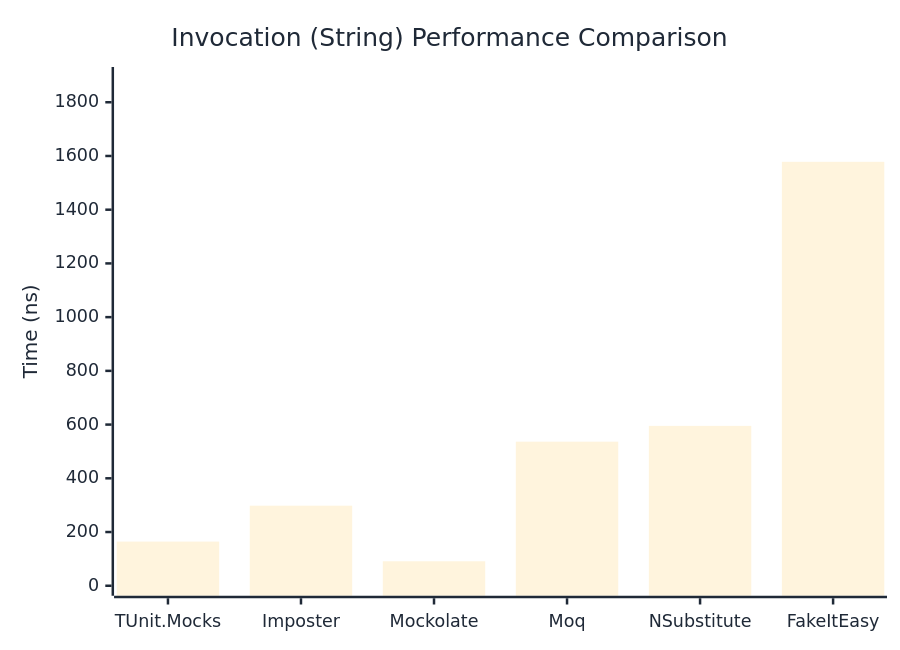
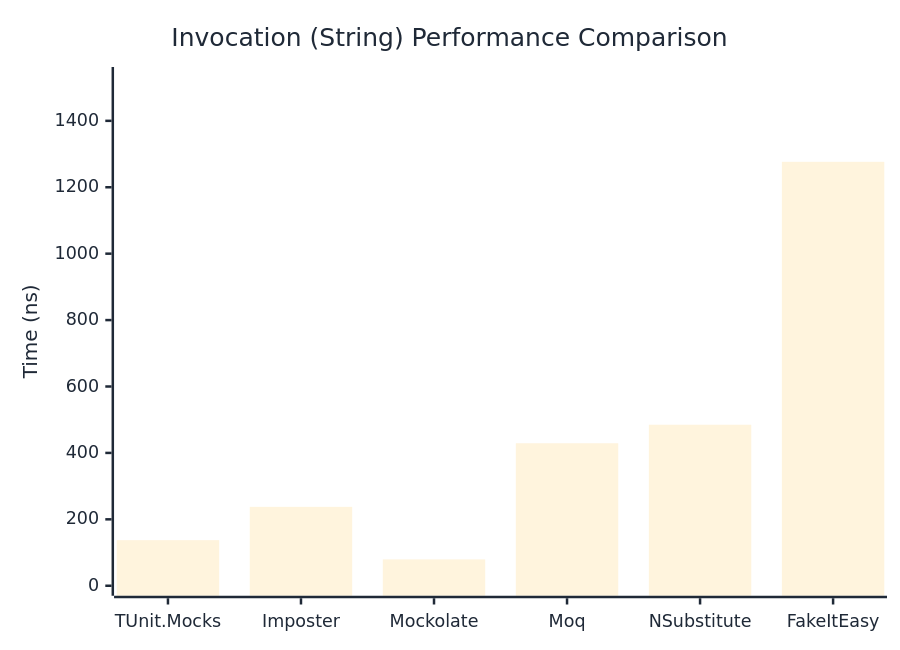
One commit to thomhurst/TUnit changed the second of 3 diagrams in docs/docs/benchmarks/mocks/Invocation.md. Above: the diagram before and after it, drawn with Mermaid. The commit also changed other lines of this file and 14 other files, not shown here.

````diff
--- a/docs/docs/benchmarks/mocks/Invocation.md
+++ b/docs/docs/benchmarks/mocks/Invocation.md
@@ -71,27 +71,27 @@
 ```mermaid
 %%{init: {
   'theme':'base',
   'themeVariables': {
     'primaryColor': '#2563eb',
     'primaryTextColor': '#1f2937',
     'primaryBorderColor': '#1e40af',
     'lineColor': '#6b7280',
     'secondaryColor': '#7c3aed',
     'tertiaryColor': '#dc2626',
     'background': '#ffffff',
     'pie1': '#2563eb',
     'pie2': '#7c3aed',
     'pie3': '#dc2626',
     'pie4': '#f59e0b',
     'pie5': '#10b981',
     'pie6': '#06b6d4',
     'pie7': '#ec4899',
     'pie8': '#6366f1'
   }
 }}%%
 xychart-beta
   title "Invocation (String) Performance Comparison"
   x-axis ["TUnit.Mocks", "Imposter", "Mockolate", "Moq", "NSubstitute", "FakeItEasy"]
-  y-axis "Time (ns)" 0 --> 1894
-  bar [164.42, 298.06, 91.17, 536.4, 595.22, 1578.21]
+  y-axis "Time (ns)" 0 --> 1532
+  bar [137.29, 237.61, 79.34, 429.11, 484.86, 1276.55]
 ```
````
